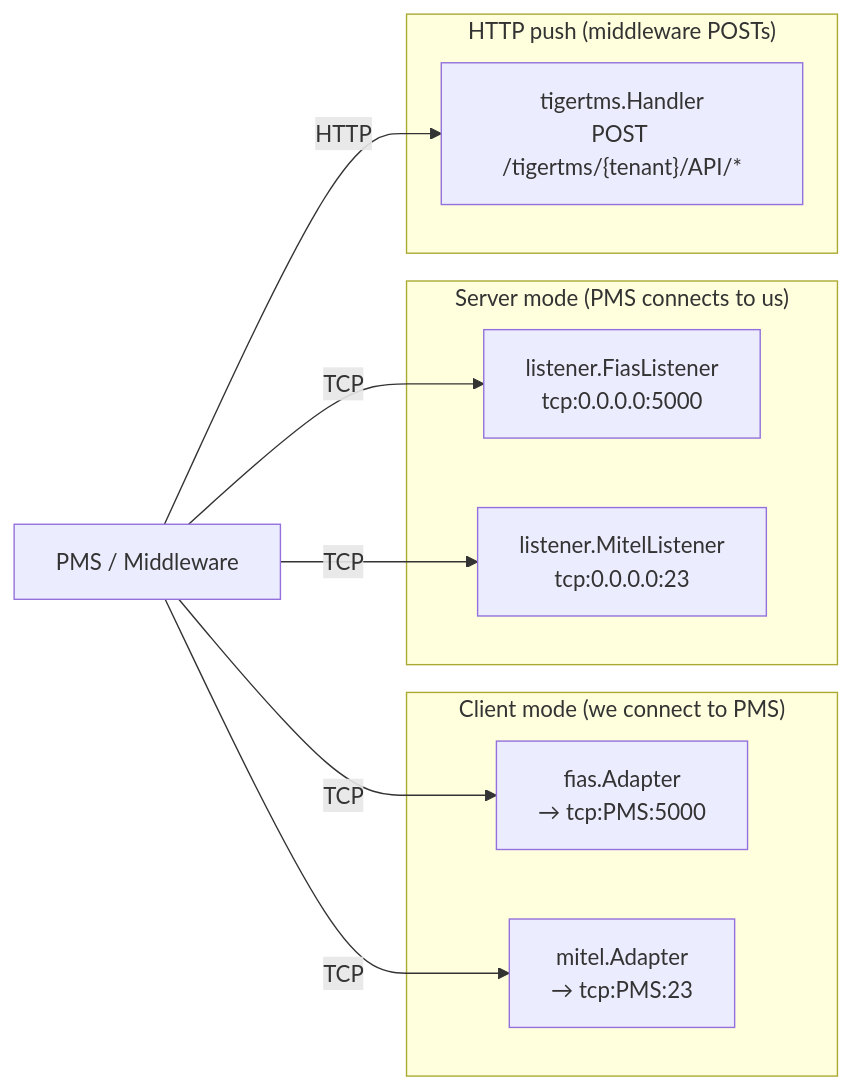
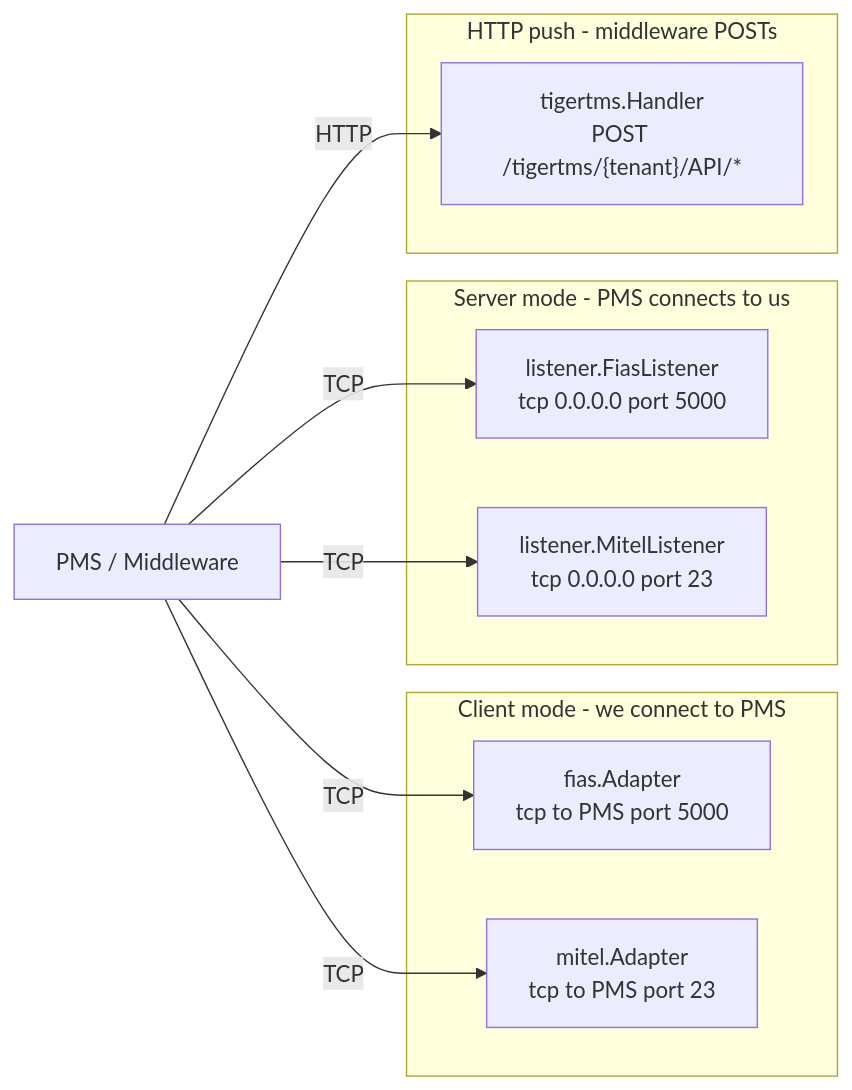
One commit to sagostin/pbx-hospitality changed the seventh of 12 diagrams in docs/DATA-FLOW.md. Above: the diagram before and after it, drawn with Mermaid. The commit also changed other lines of this file and 4 other files, not shown here.

First line of the commit message:
docs(mermaid): fix all 28 mermaid diagrams to render reliably

````diff
--- a/docs/DATA-FLOW.md
+++ b/docs/DATA-FLOW.md
@@ -191,24 +197,24 @@
 ```mermaid
 flowchart LR
-    subgraph Connect["Client mode (we connect to PMS)"]
-        C_FIAS["fias.Adapter<br/>→ tcp:PMS:5000"]
-        C_MITEL["mitel.Adapter<br/>→ tcp:PMS:23"]
+    subgraph Connect["Client mode - we connect to PMS"]
+        C_FIAS["fias.Adapter<br/>tcp to PMS port 5000"]
+        C_MITEL["mitel.Adapter<br/>tcp to PMS port 23"]
     end
 
-    subgraph Server["Server mode (PMS connects to us)"]
-        S_FIAS["listener.FiasListener<br/>tcp:0.0.0.0:5000"]
-        S_MITEL["listener.MitelListener<br/>tcp:0.0.0.0:23"]
+    subgraph Server["Server mode - PMS connects to us"]
+        S_FIAS["listener.FiasListener<br/>tcp 0.0.0.0 port 5000"]
+        S_MITEL["listener.MitelListener<br/>tcp 0.0.0.0 port 23"]
     end
 
-    subgraph Push["HTTP push (middleware POSTs)"]
+    subgraph Push["HTTP push - middleware POSTs"]
         T_TIGER["tigertms.Handler<br/>POST /tigertms/{tenant}/API/*"]
     end
 
-    PMS[PMS / Middleware]
+    PMS["PMS / Middleware"]
 
     PMS -- "TCP" --> C_FIAS
     PMS -- "TCP" --> C_MITEL
     PMS -- "TCP" --> S_FIAS
     PMS -- "TCP" --> S_MITEL
     PMS -- "HTTP" --> T_TIGER
 ```
````
